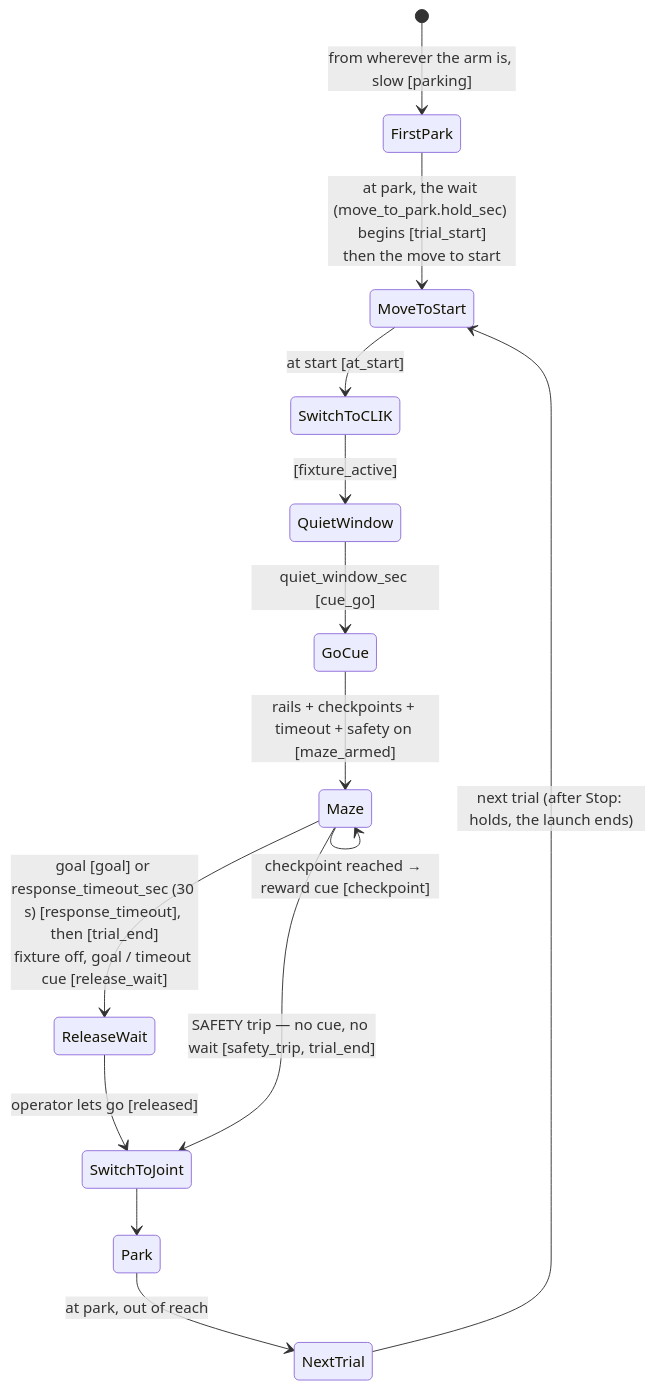
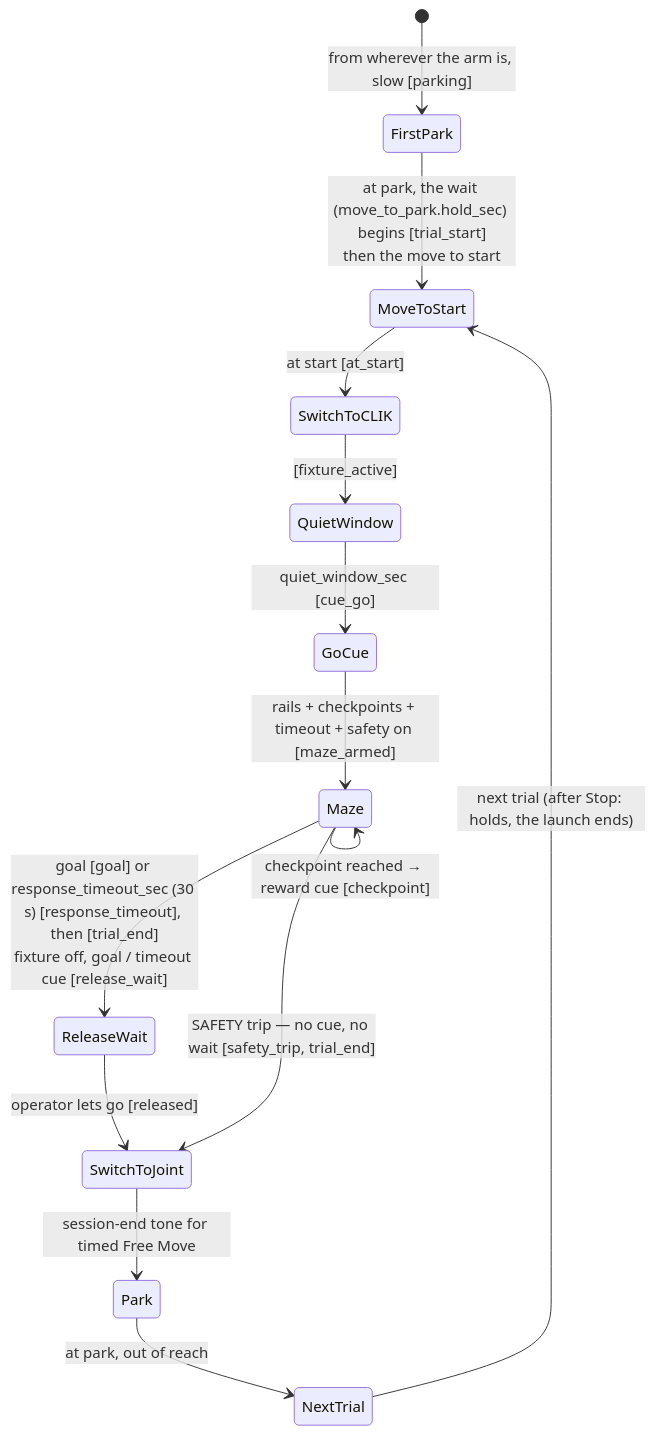
One commit to sinthlab/sinthlab-kuka-stack changed the eighth of 9 diagrams in README.md. Above: the diagram before and after it, drawn with Mermaid. The commit also changed other lines of this file and 27 other files, not shown here.

````diff
--- a/README.md
+++ b/README.md
@@ -2313,16 +2310,16 @@
 ```mermaid
 stateDiagram-v2
     [*] --> FirstPark : from wherever the arm is, slow [parking]
     FirstPark --> MoveToStart : at park, the wait (move_to_park.hold_sec) begins [trial_start]<br/>then the move to start
     MoveToStart --> SwitchToCLIK : at start [at_start]
     SwitchToCLIK --> QuietWindow : [fixture_active]
     QuietWindow --> GoCue : quiet_window_sec [cue_go]
     GoCue --> Maze : rails + checkpoints + timeout + safety on [maze_armed]
     Maze --> Maze : checkpoint reached → reward cue [checkpoint]
     Maze --> ReleaseWait : goal [goal] or response_timeout_sec (30 s) [response_timeout], then [trial_end]<br/>fixture off, goal / timeout cue [release_wait]
     ReleaseWait --> SwitchToJoint : operator lets go [released]
     Maze --> SwitchToJoint : SAFETY trip — no cue, no wait [safety_trip, trial_end]
-    SwitchToJoint --> Park
+    SwitchToJoint --> Park : session-end tone for timed Free Move
     Park --> NextTrial : at park, out of reach
     NextTrial --> MoveToStart : next trial (after Stop: holds, the launch ends)
 ```
````
